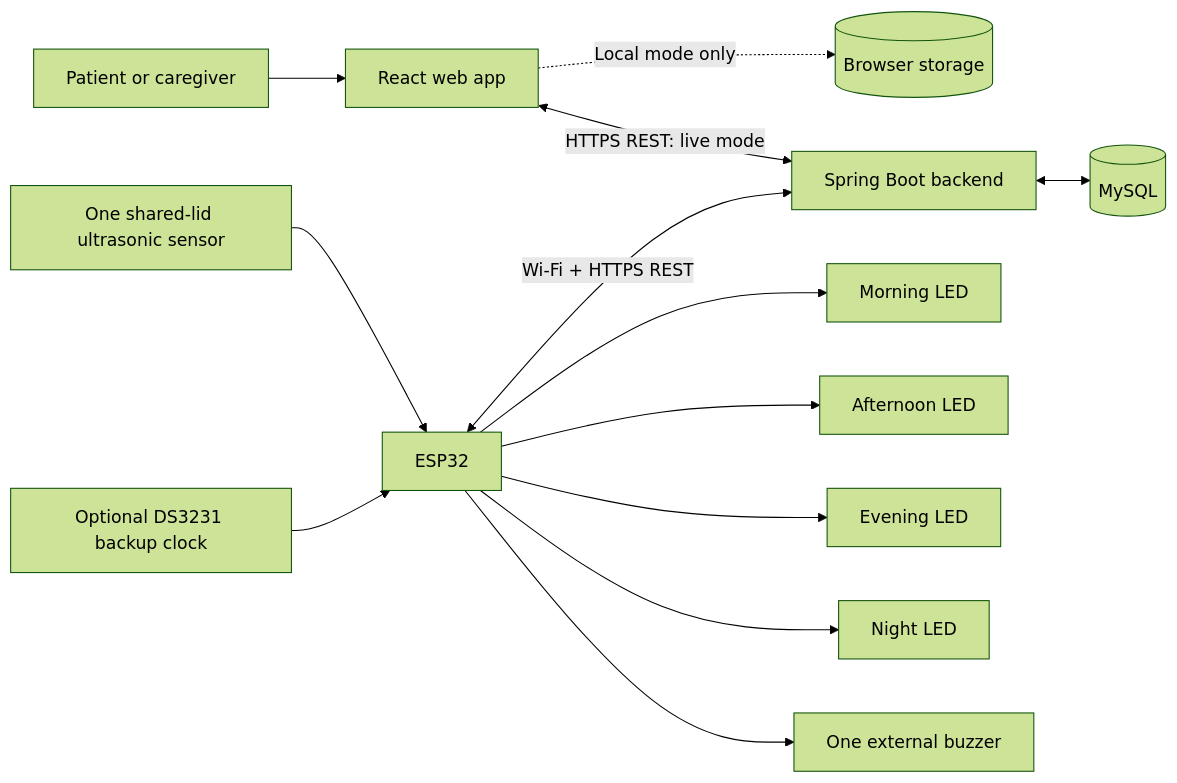
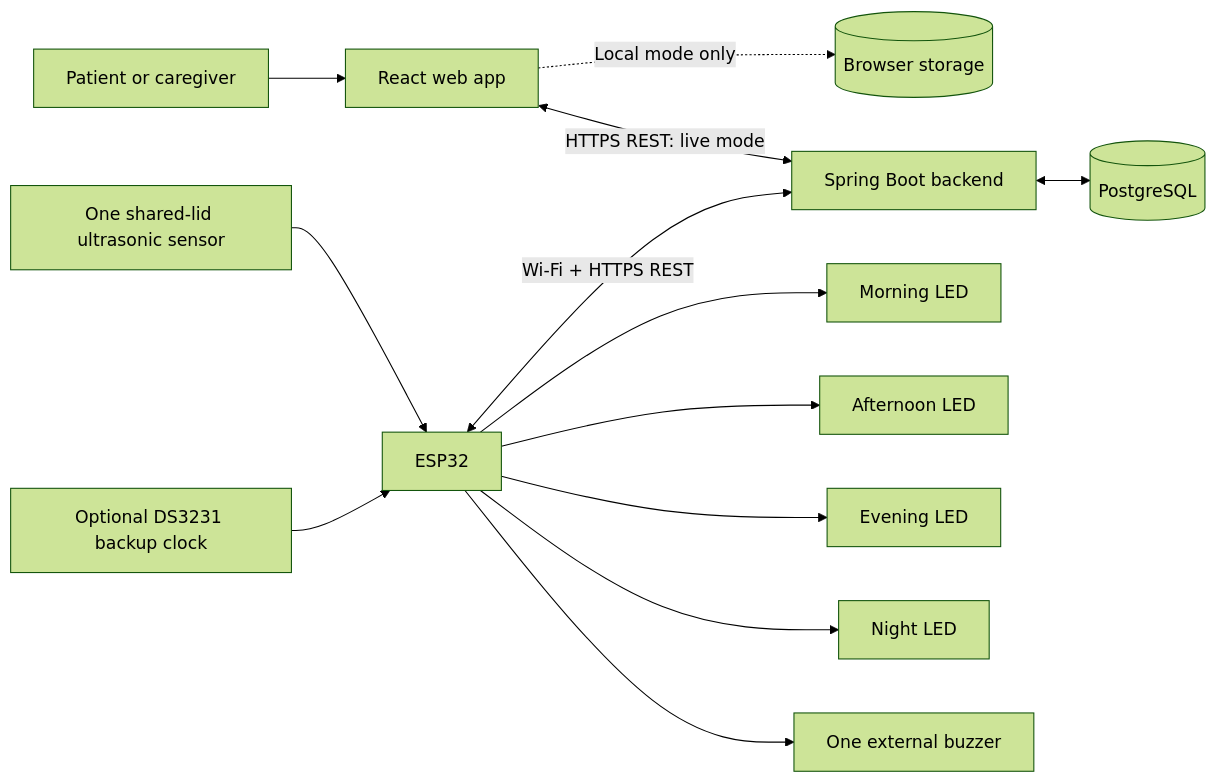
Before and after one commit to Dhanush-singh-g/IOT-project: the diagram in docs/04_SYSTEM_ARCHITECTURE.md, drawn with Mermaid (forest theme). The commit also changed other lines of this file and 11 other files, not shown here.

````diff
--- a/docs/04_SYSTEM_ARCHITECTURE.md
+++ b/docs/04_SYSTEM_ARCHITECTURE.md
@@ -30,15 +31,15 @@
 ```mermaid
 flowchart LR
     U[Patient or caregiver] --> W[React web app]
     W -. Local mode only .-> L[(Browser storage)]
     W <-->|HTTPS REST: live mode| B[Spring Boot backend]
-    B <--> D[(MySQL)]
+    B <--> D[(PostgreSQL)]
     E[ESP32] <-->|Wi-Fi + HTTPS REST| B
     S[One shared-lid ultrasonic sensor] --> E
     E --> M[Morning LED]
     E --> A[Afternoon LED]
     E --> V[Evening LED]
     E --> N[Night LED]
     E --> Z[One external buzzer]
     T[Optional DS3231 backup clock] --> E
 ```
````
